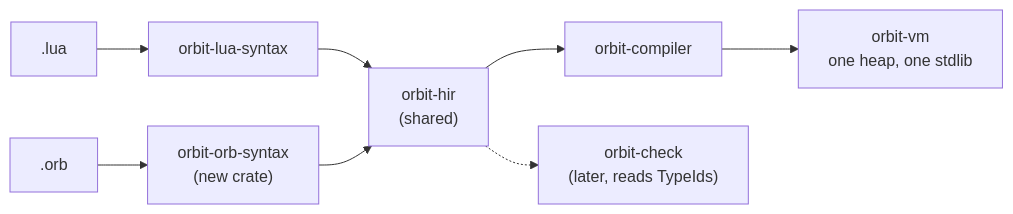
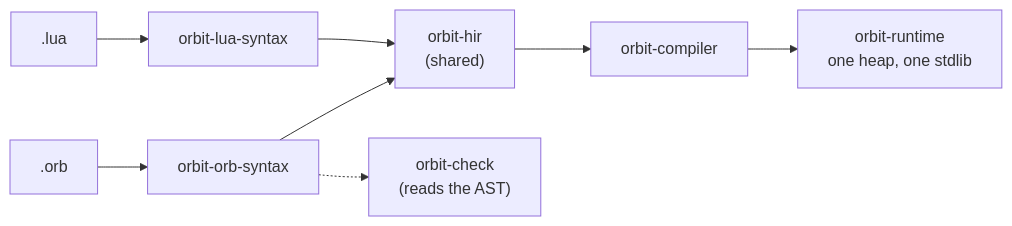
One commit to orbitscript-lang/OrbitScript changed the first of 3 diagrams in docs/design/orbitscript-syntax/proposal.md. Above: the diagram before and after it, drawn with Mermaid. The commit also changed other lines of this file and 61 other files, not shown here.

````diff
--- a/docs/design/orbitscript-syntax/proposal.md
+++ b/docs/design/orbitscript-syntax/proposal.md
@@ -16,9 +14,9 @@
 ```mermaid
 flowchart LR
     lua[".lua"] --> luasyn["orbit-lua-syntax"]
-    orb[".orb"] --> orbsyn["orbit-orb-syntax<br/>(new crate)"]
+    orb[".orb"] --> orbsyn["orbit-orb-syntax"]
     luasyn --> hir["orbit-hir<br/>(shared)"]
     orbsyn --> hir
-    hir --> comp["orbit-compiler"] --> vm["orbit-vm<br/>one heap, one stdlib"]
-    hir -.-> check["orbit-check<br/>(later, reads TypeIds)"]
+    hir --> comp["orbit-compiler"] --> vm["orbit-runtime<br/>one heap, one stdlib"]
+    orbsyn -.-> check["orbit-check<br/>(reads the AST)"]
 ```
````
